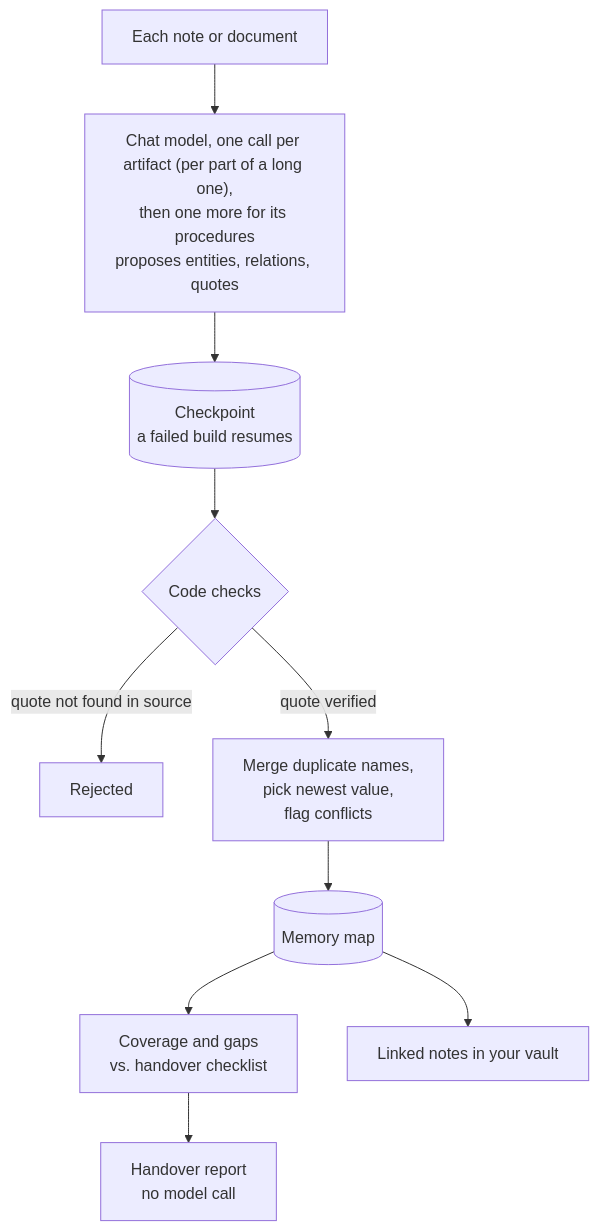
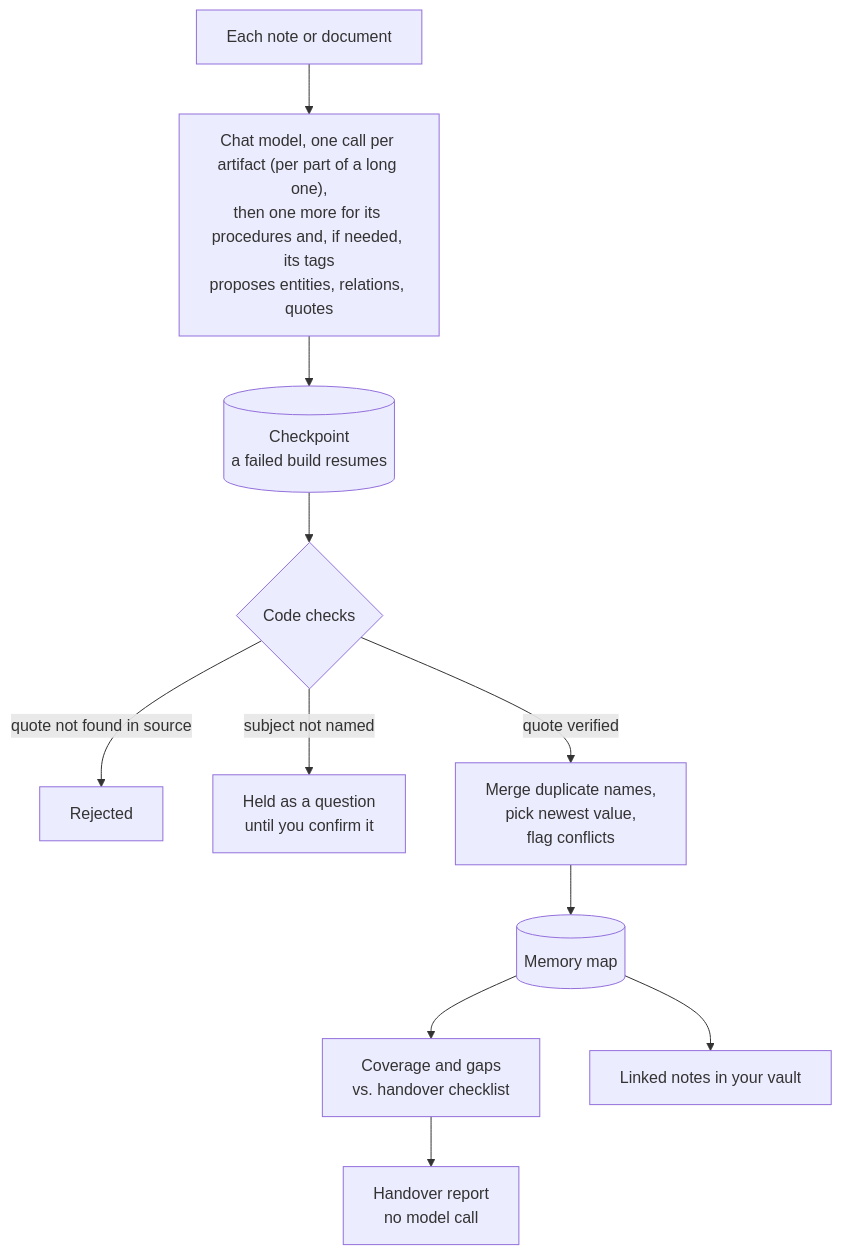
The third of 4 diagrams in README.md (pluptak/maintenance-handover), drawn with Mermaid before and after one commit. The commit also changed other lines of this file, not shown here.

````diff
--- a/README.md
+++ b/README.md
@@ -141,12 +145,13 @@
 ```mermaid
 flowchart TD
-    A["Each note or document"] --> M["Chat model, one call per artifact (per part of a long one),<br/>then one more for its procedures<br/>proposes entities, relations, quotes"]
+    A["Each note or document"] --> M["Chat model, one call per artifact (per part of a long one),<br/>then one more for its procedures and, if needed, its tags<br/>proposes entities, relations, quotes"]
     M --> K[("Checkpoint<br/>a failed build resumes")]
     K --> V{"Code checks"}
     V -->|"quote not found in source"| X["Rejected"]
+    V -->|"subject not named"| Q["Held as a question<br/>until you confirm it"]
     V -->|"quote verified"| I["Merge duplicate names,<br/>pick newest value,<br/>flag conflicts"]
     I --> MAP[("Memory map")]
     MAP --> G["Coverage and gaps<br/>vs. handover checklist"]
     MAP --> N["Linked notes in your vault"]
     G --> R["Handover report<br/>no model call"]
 ```
````
